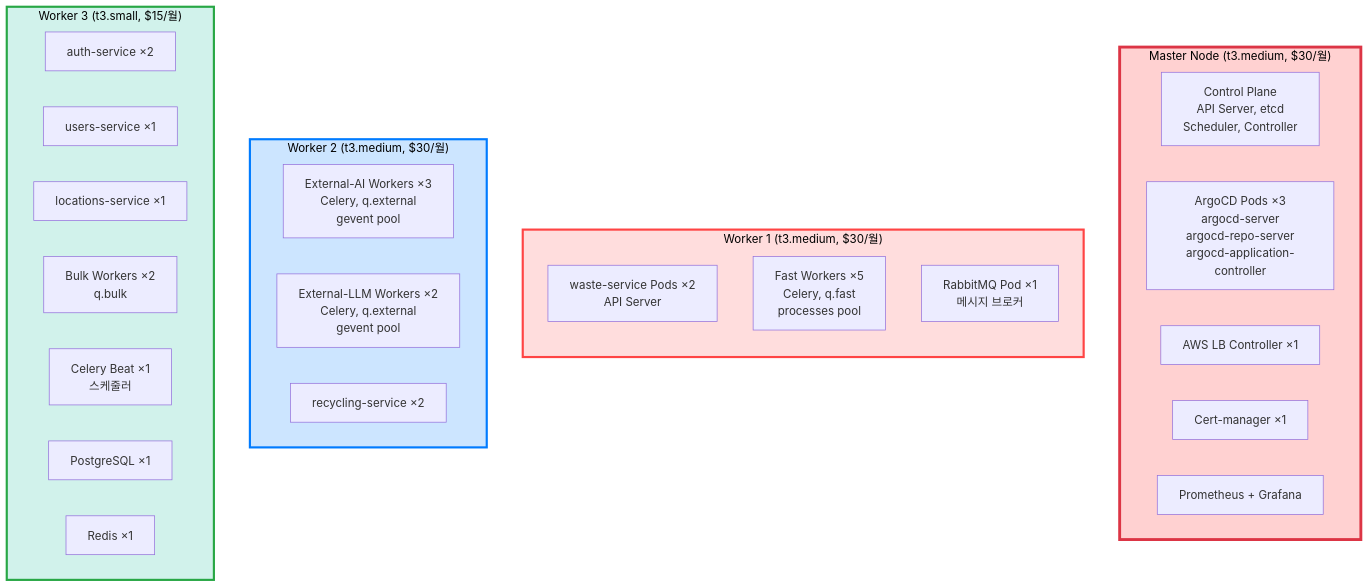
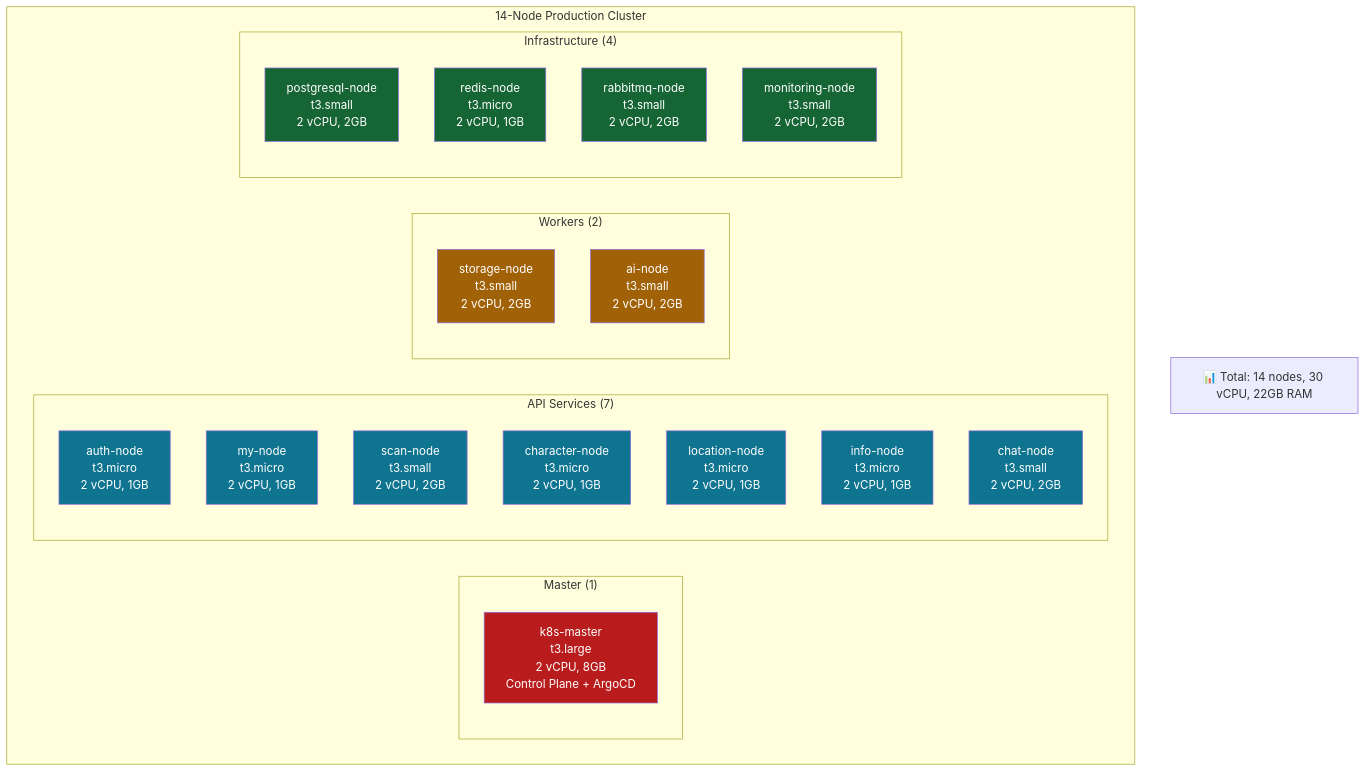
Before and after one commit to SeSACTHON/backend: the second of 4 diagrams in docs/architecture/05-final-k8s-architecture.md, drawn with Mermaid. The commit also changed other lines of this file and 24 other files, not shown here.

````diff
--- a/docs/architecture/05-final-k8s-architecture.md
+++ b/docs/architecture/05-final-k8s-architecture.md
@@ -148,38 +144,47 @@
 ```mermaid
 graph TB
-    subgraph Master["Master Node (t3.medium, $30/월)"]
-        M1[Control Plane<br/>API Server, etcd<br/>Scheduler, Controller]
-        M2[ArgoCD Pods ×3<br/>argocd-server<br/>argocd-repo-server<br/>argocd-application-controller]
-        M3[AWS LB Controller ×1]
-        M4[Cert-manager ×1]
-        M5[Prometheus + Grafana]
+    subgraph "14-Node Production Cluster"
+        subgraph "Master (1)"
+            M[k8s-master<br/>t3.large<br/>2 vCPU, 8GB<br/>Control Plane + ArgoCD]
+        end
+        
+        subgraph "API Services (7)"
+            A1[auth-node<br/>t3.micro<br/>2 vCPU, 1GB]
+            A2[my-node<br/>t3.micro<br/>2 vCPU, 1GB]
+            A3[scan-node<br/>t3.small<br/>2 vCPU, 2GB]
+            A4[character-node<br/>t3.micro<br/>2 vCPU, 1GB]
+            A5[location-node<br/>t3.micro<br/>2 vCPU, 1GB]
+            A6[info-node<br/>t3.micro<br/>2 vCPU, 1GB]
+            A7[chat-node<br/>t3.small<br/>2 vCPU, 2GB]
+        end
+        
+        subgraph "Workers (2)"
+            W1[storage-node<br/>t3.small<br/>2 vCPU, 2GB]
+            W2[ai-node<br/>t3.small<br/>2 vCPU, 2GB]
+        end
+        
+        subgraph "Infrastructure (4)"
+            I1[postgresql-node<br/>t3.small<br/>2 vCPU, 2GB]
+            I2[redis-node<br/>t3.micro<br/>2 vCPU, 1GB]
+            I3[rabbitmq-node<br/>t3.small<br/>2 vCPU, 2GB]
+            I4[monitoring-node<br/>t3.small<br/>2 vCPU, 2GB]
+        end
     end
     
-    subgraph Worker1["Worker 1 (t3.medium, $30/월)"]
-        direction TB
-        W1_1[waste-service Pods ×2<br/>API Server]
-        W1_2[Fast Workers ×5<br/>Celery, q.fast<br/>processes pool]
-        W1_3[RabbitMQ Pod ×1<br/>메시지 브로커]
-    end
+    Total["📊 Total: 14 nodes, 30 vCPU, 22GB RAM"]
     
-    subgraph Worker2["Worker 2 (t3.medium, $30/월)"]
-        W2_1[External-AI Workers ×3<br/>Celery, q.external<br/>gevent pool]
-        W2_2[External-LLM Workers ×2<br/>Celery, q.external<br/>gevent pool]
-        W2_3[recycling-service ×2]
-    end
-    
-    subgraph Worker3["Worker 3 (t3.small, $15/월)"]
-        W3_1[auth-service ×2]
-        W3_2[users-service ×1]
-        W3_3[locations-service ×1]
-        W3_4[Bulk Workers ×2<br/>q.bulk]
-        W3_5[Celery Beat ×1<br/>스케줄러]
-        W3_6[PostgreSQL ×1]
-        W3_7[Redis ×1]
-    end
-    
-    style Master fill:#ffd1d1,stroke:#dc3545,stroke-width:4px,color:#000
-    style Worker1 fill:#ffdddd,stroke:#ff4444,stroke-width:3px,color:#000
-    style Worker2 fill:#cce5ff,stroke:#007bff,stroke-width:3px,color:#000
-    style Worker3 fill:#d1f2eb,stroke:#28a745,stroke-width:3px,color:#000
+    style M fill:#b91c1c,color:#fff
+    style A1 fill:#0e7490,color:#fff
+    style A2 fill:#0e7490,color:#fff
+    style A3 fill:#0e7490,color:#fff
+    style A4 fill:#0e7490,color:#fff
+    style A5 fill:#0e7490,color:#fff
+    style A6 fill:#0e7490,color:#fff
+    style A7 fill:#0e7490,color:#fff
+    style W1 fill:#a16207,color:#fff
+    style W2 fill:#a16207,color:#fff
+    style I1 fill:#166534,color:#fff
+    style I2 fill:#166534,color:#fff
+    style I3 fill:#166534,color:#fff
+    style I4 fill:#166534,color:#fff
 ```
````
